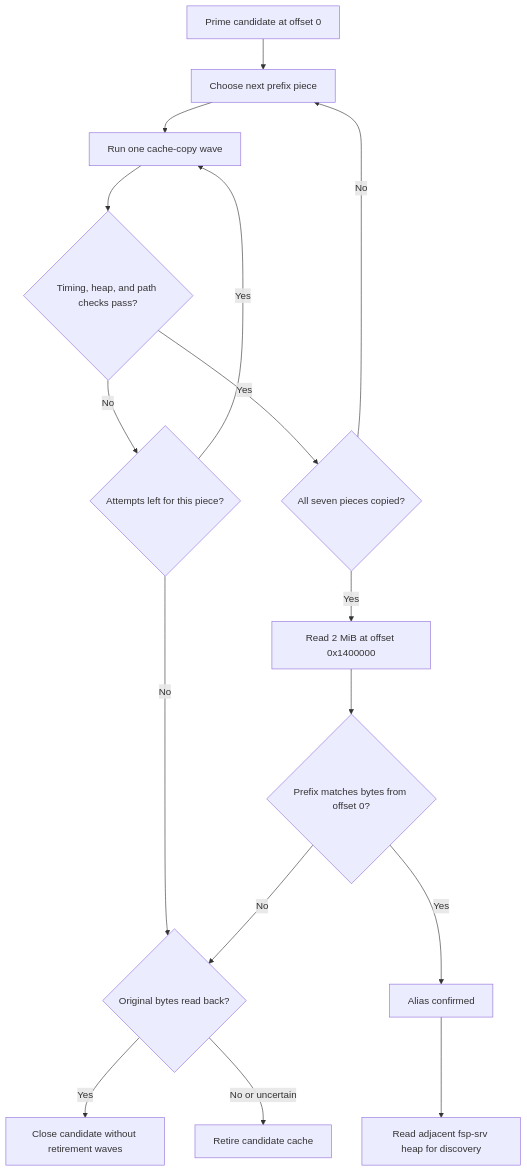
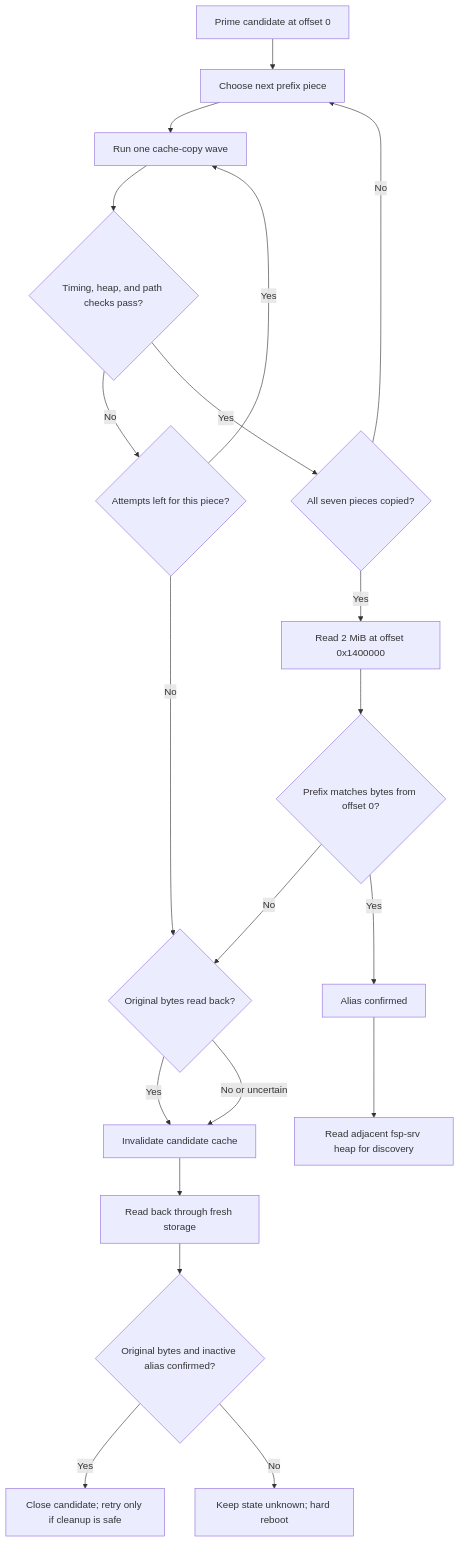
One commit to ItsNerisma/CivSwitchFS changed the fourth of 6 diagrams in HOW_IT_WORKS.md. Above: the diagram before and after it, drawn with Mermaid. The commit also changed other lines of this file and 6 other files, not shown here.

````diff
--- a/HOW_IT_WORKS.md
+++ b/HOW_IT_WORKS.md
@@ -290,18 +281,22 @@
 ```mermaid
 flowchart TD
     A[Prime candidate at offset 0] --> B[Choose next prefix piece]
     B --> C[Run one cache-copy wave]
     C --> D{Timing, heap, and path checks pass?}
     D -->|No| E{Attempts left for this piece?}
     E -->|Yes| C
     E -->|No| N{Original bytes read back?}
     D -->|Yes| F{All seven pieces copied?}
     F -->|No| B
     F -->|Yes| G[Read 2 MiB at offset 0x1400000]
     G --> H{Prefix matches bytes from offset 0?}
     H -->|No| N
     H -->|Yes| I[Alias confirmed]
     I --> J[Read adjacent fsp-srv heap for discovery]
-    N -->|Yes| O[Close candidate without retirement waves]
-    N -->|No or uncertain| X[Retire candidate cache]
+    N -->|Yes| O[Invalidate candidate cache]
+    N -->|No or uncertain| O
+    O --> P[Read back through fresh storage]
+    P --> Q{Original bytes and inactive alias confirmed?}
+    Q -->|Yes| R[Close candidate; retry only if cleanup is safe]
+    Q -->|No| X[Keep state unknown; hard reboot]
 ```
````
